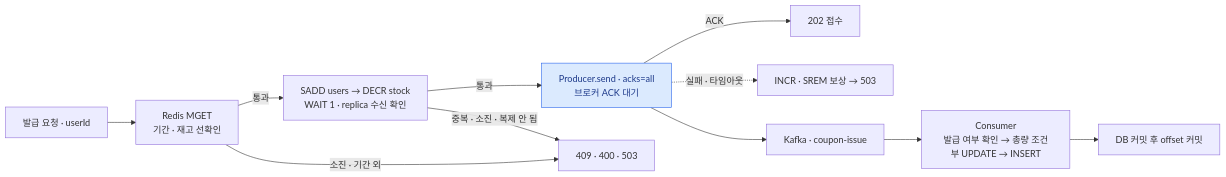
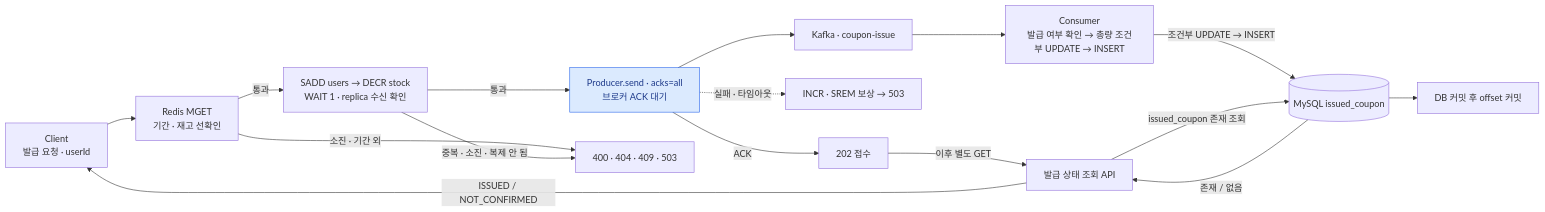
The first of 5 diagrams in README.md (joejaeyoung/Project-coupon_rush), drawn with Mermaid before and after one commit. The commit also changed other lines of this file and 9 other files, not shown here.

````diff
--- a/README.md
+++ b/README.md
@@ -24,14 +24,19 @@
 ```mermaid
 flowchart LR
-    A["발급 요청 · userId"] --> M["Redis MGET<br/>기간 · 재고 선확인"]
+    A["Client<br/>발급 요청 · userId"] --> M["Redis MGET<br/>기간 · 재고 선확인"]
     M -->|"통과"| R["SADD users → DECR stock<br/>WAIT 1 · replica 수신 확인"]
     R -->|"통과"| P["Producer.send · acks=all<br/>브로커 ACK 대기"]
     P -->|"ACK"| S["202 접수"]
     P -.->|"실패 · 타임아웃"| C["INCR · SREM 보상 → 503"]
     P --> K["Kafka · coupon-issue"]
     K --> N["Consumer<br/>발급 여부 확인 → 총량 조건부 UPDATE → INSERT"]
-    N --> D["DB 커밋 후 offset 커밋"]
-    M -->|"소진 · 기간 외"| F["409 · 400 · 503"]
+    N -->|"조건부 UPDATE → INSERT"| DB[("MySQL issued_coupon")]
+    DB --> D["DB 커밋 후 offset 커밋"]
+    S -->|"이후 별도 GET"| Q["발급 상태 조회 API"]
+    Q -->|"issued_coupon 존재 조회"| DB
+    DB -->|"존재 / 없음"| Q
+    Q -->|"ISSUED / NOT_CONFIRMED"| A
+    M -->|"소진 · 기간 외"| F["400 · 404 · 409 · 503"]
     R -->|"중복 · 소진 · 복제 안 됨"| F
     style P fill:#dbeafe,stroke:#2563eb,color:#1e3a8a
 ```
````
